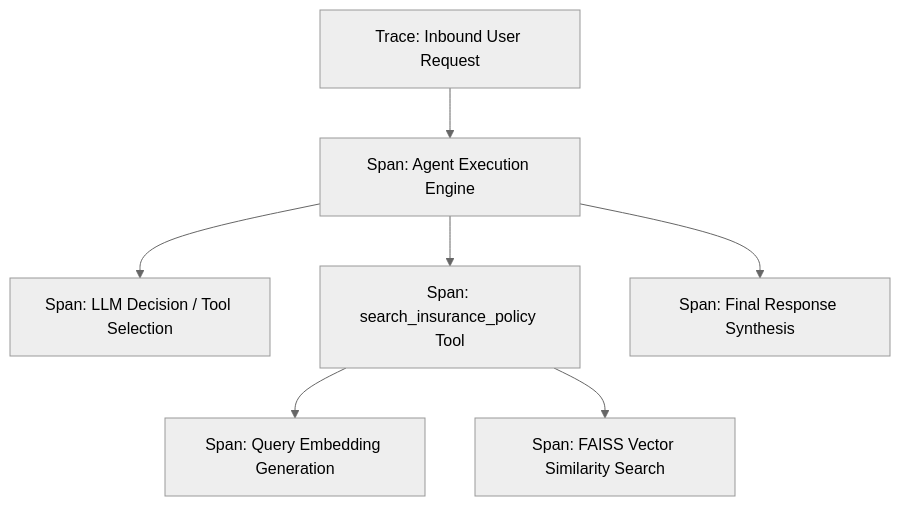
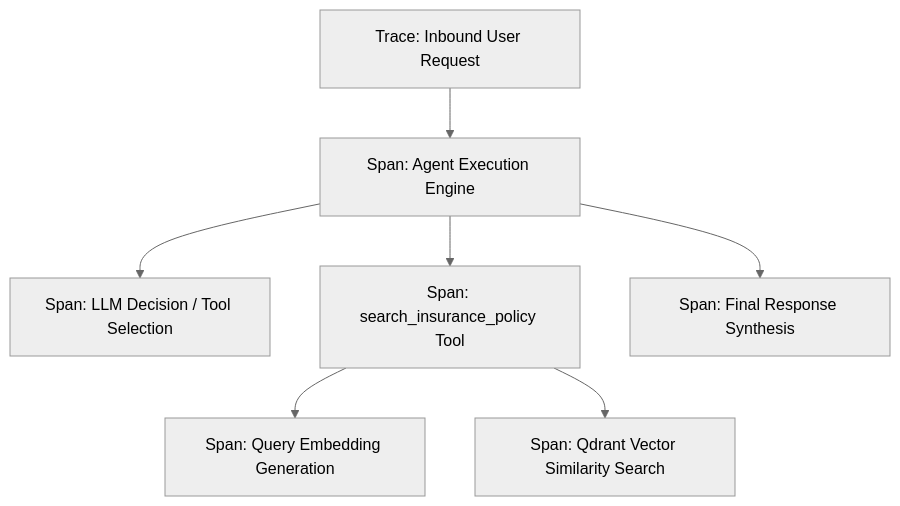
Before and after one commit to vaghela-meetraj/PolicyScan: the diagram in docs/02 Tracing.md, drawn with Mermaid (neutral theme). The commit also changed 9 other files, not shown here.

Commit message:
feat: migrate vector store from FAISS to Qdrant Cloud

````diff
--- a/docs/02 Tracing.md
+++ b/docs/02 Tracing.md
@@ -39,9 +39,9 @@
 ```mermaid
 flowchart TD
     Trace[Trace: Inbound User Request] --> AgentSpan[Span: Agent Execution Engine]
     AgentSpan --> LLMSpan1[Span: LLM Decision / Tool Selection]
     AgentSpan --> ToolSpan[Span: search_insurance_policy Tool]
     ToolSpan --> EmbedSpan[Span: Query Embedding Generation]
-    ToolSpan --> RetrieverSpan[Span: FAISS Vector Similarity Search]
+    ToolSpan --> RetrieverSpan[Span: Qdrant Vector Similarity Search]
     AgentSpan --> LLMSpan2[Span: Final Response Synthesis]
 ```
````
